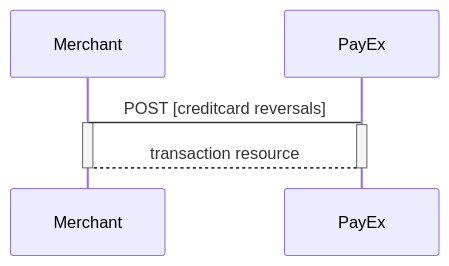
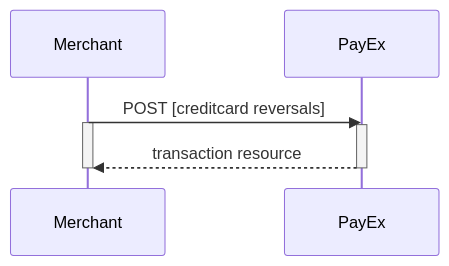
The third of 10 diagrams in payments/credit-card/after-payment.md (SwedbankPay/developer.swedbankpay.com), drawn with Mermaid before and after one commit. The commit also changed other lines of this file, not shown here.

Commit message:
DX-266 removed link from diagram and added double arrowhead to diagrams

````diff
--- a/payments/credit-card/after-payment.md
+++ b/payments/credit-card/after-payment.md
@@ -539,9 +539,9 @@
 ```mermaid
 sequenceDiagram
-  Merchant->PayEx: POST [creditcard reversals]
+  Merchant->>PayEx: POST [creditcard reversals]
   Activate Merchant
   Activate PayEx
-  PayEx-->Merchant: transaction resource
+  PayEx-->>Merchant: transaction resource
   Deactivate PayEx
   Deactivate Merchant
 ```
````
